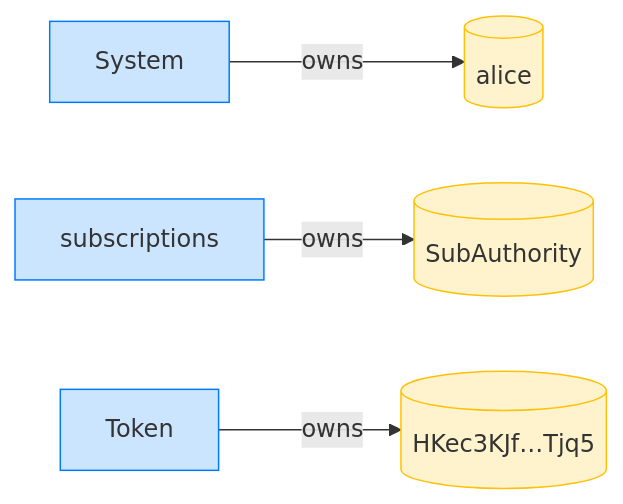
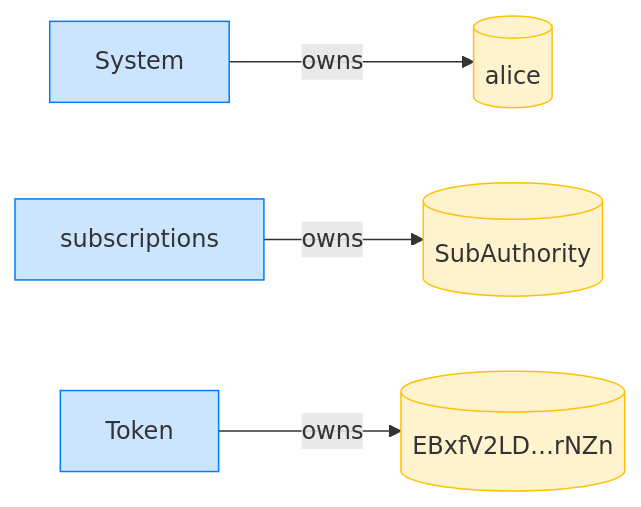
Before and after one commit to cds-rs/subscriptions: the fourth of 24 diagrams in dsl_tests/cancel--resume--then-cancel-across-a-period-boundary.md, drawn with Mermaid. The commit also changed other lines of this file and 224 other files, not shown here.

````diff
--- a/dsl_tests/cancel--resume--then-cancel-across-a-period-boundary.md
+++ b/dsl_tests/cancel--resume--then-cancel-across-a-period-boundary.md
@@ -73,14 +78,14 @@
 ```mermaid
 flowchart LR
     classDef owner fill:#cce5ff,stroke:#007bff;
     classDef account fill:#fff3cd,stroke:#ffc107;
     System[System]:::owner
     alice[(alice)]:::account
     subscriptions[subscriptions]:::owner
     SubAuthority[(SubAuthority)]:::account
     Token[Token]:::owner
-    HKec3KJf_Tjq5[("HKec3KJf…Tjq5")]:::account
+    EBxfV2LD_rNZn[("EBxfV2LD…rNZn")]:::account
     System -->|owns| alice
     subscriptions -->|owns| SubAuthority
-    Token -->|owns| HKec3KJf_Tjq5
+    Token -->|owns| EBxfV2LD_rNZn
 ```
````
